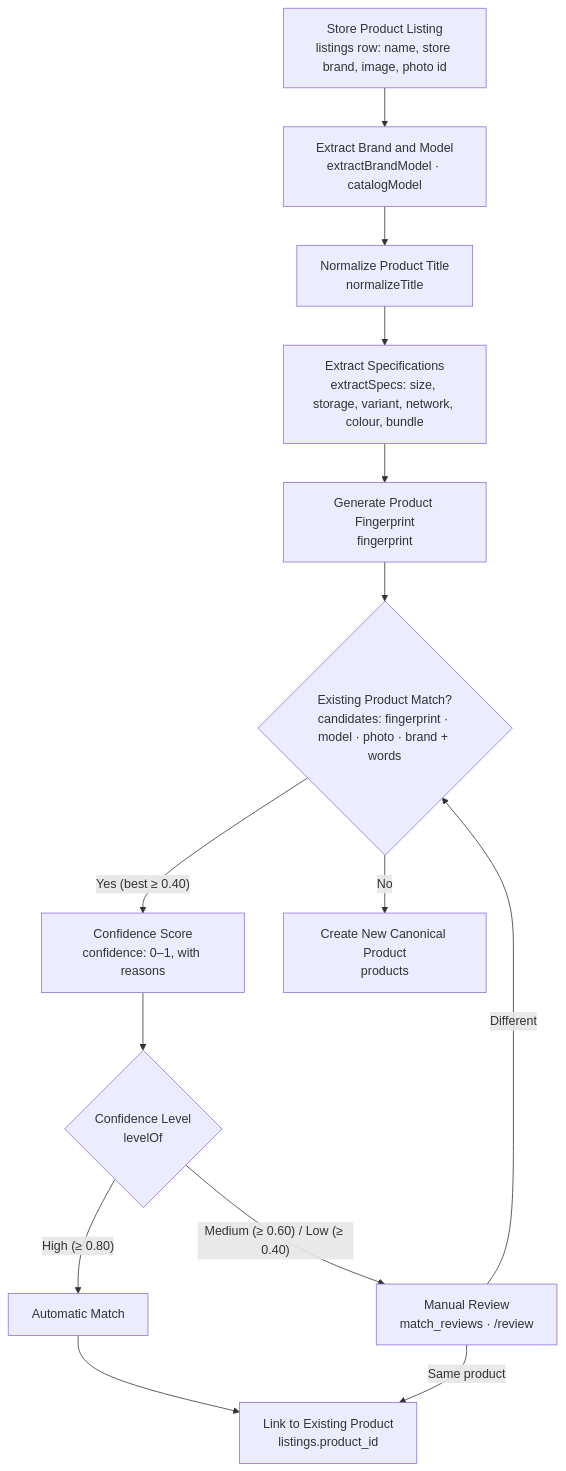
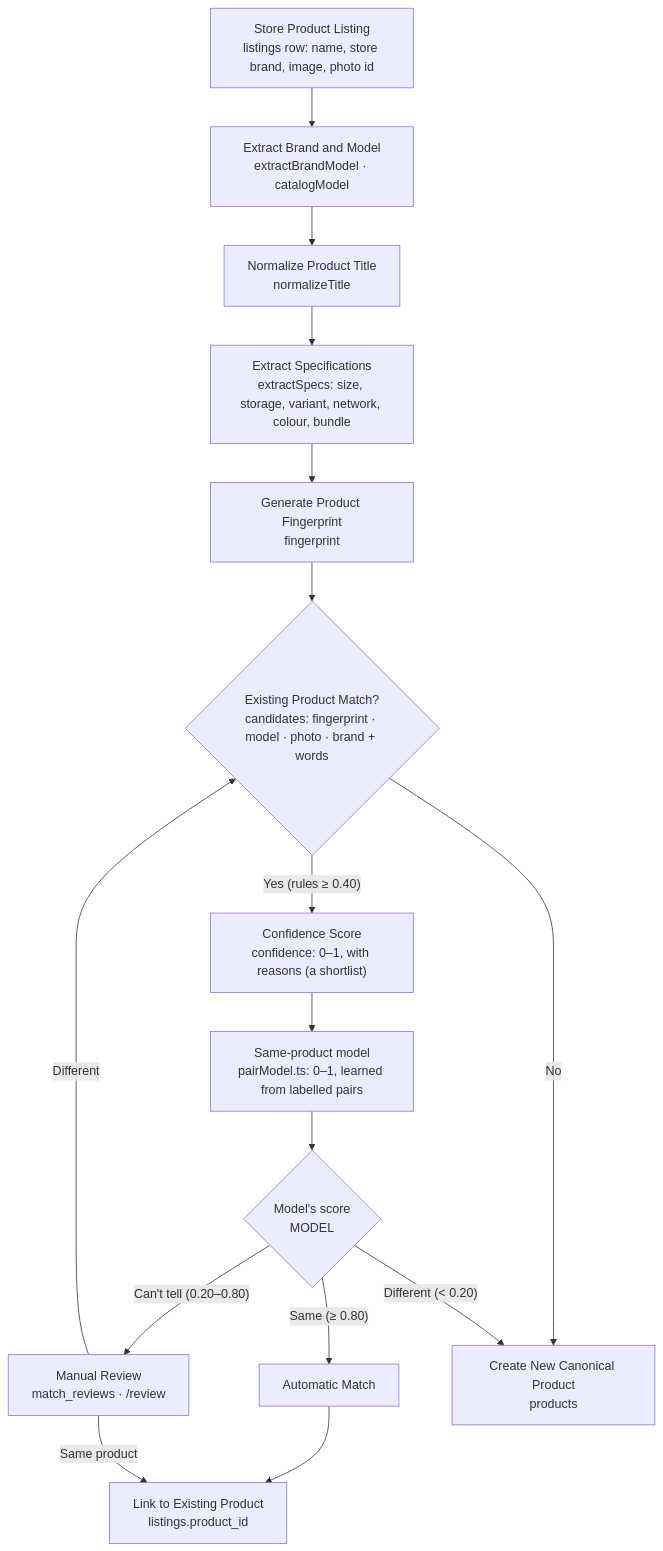
The third of 3 diagrams in docs/ARCHITECTURE.md (Atikul-Dipto/dorai), drawn with Mermaid before and after one commit. The commit also changed other lines of this file and 10 other files, not shown here.

First line of the commit message:
A same-product model, trained on labelled pairs, decides catalogue matches

````diff
--- a/docs/ARCHITECTURE.md
+++ b/docs/ARCHITECTURE.md
@@ -152,23 +152,25 @@
 ```mermaid
 flowchart TB
   listing["Store Product Listing<br/>listings row: name, store brand, image, photo id"]
   brand["Extract Brand and Model<br/>extractBrandModel · catalogModel"]
   title["Normalize Product Title<br/>normalizeTitle"]
   specs["Extract Specifications<br/>extractSpecs: size, storage, variant, network, colour, bundle"]
   fp["Generate Product Fingerprint<br/>fingerprint"]
   exists{"Existing Product Match?<br/>candidates: fingerprint · model · photo · brand + words"}
-  score["Confidence Score<br/>confidence: 0–1, with reasons"]
-  level{"Confidence Level<br/>levelOf"}
+  score["Confidence Score<br/>confidence: 0–1, with reasons (a shortlist)"]
+  model["Same-product model<br/>pairModel.ts: 0–1, learned from labelled pairs"]
+  level{"Model's score<br/>MODEL"}
   auto["Automatic Match"]
   review["Manual Review<br/>match_reviews · /review"]
   create["Create New Canonical Product<br/>products"]
   link["Link to Existing Product<br/>listings.product_id"]
 
   listing --> brand --> title --> specs --> fp --> exists
-  exists -- "Yes (best ≥ 0.40)" --> score --> level
+  exists -- "Yes (rules ≥ 0.40)" --> score --> model --> level
   exists -- "No" --> create
-  level -- "High (≥ 0.80)" --> auto --> link
-  level -- "Medium (≥ 0.60) / Low (≥ 0.40)" --> review
+  level -- "Same (≥ 0.80)" --> auto --> link
+  level -- "Can't tell (0.20–0.80)" --> review
+  level -- "Different (< 0.20)" --> create
   review -- "Same product" --> link
   review -- "Different" --> exists
 ```
````
